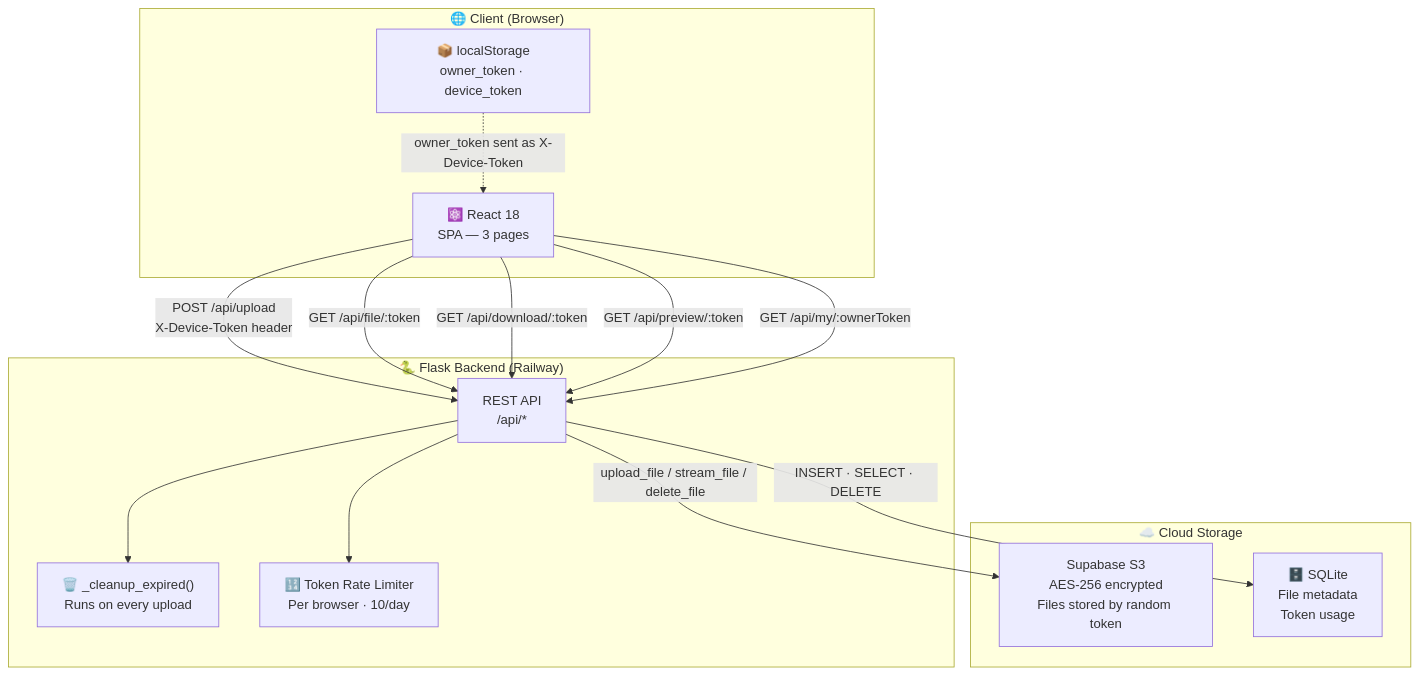
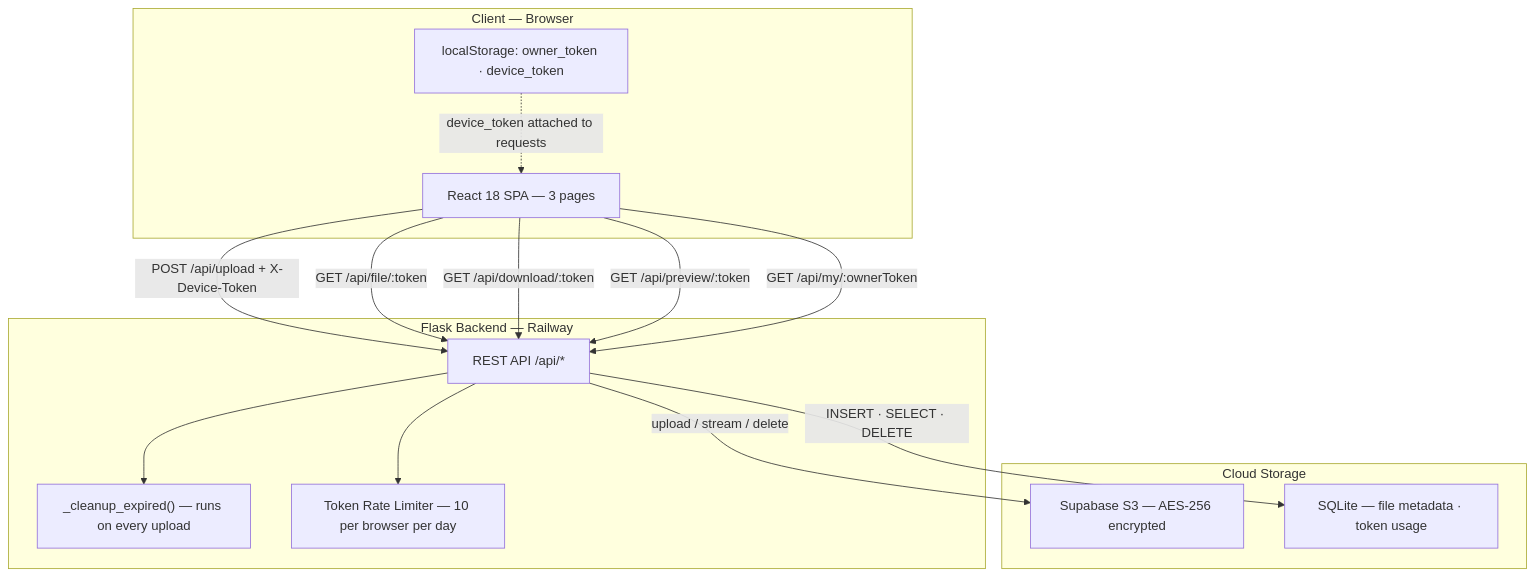
Before and after one commit to mbhuvan898/DropLink: the first of 3 diagrams in README.md, drawn with Mermaid. The commit also changed other lines of this file, not shown here.

Commit message:
fix: correct Mermaid diagram rendering in README
Remove \n escape sequences from node/edge labels, strip emoji from
subgraph labels, and replace the Unicode arrow in the sequence diagram
— all of which caused GitHub Mermaid renderer to silently fail.

````diff
--- a/README.md
+++ b/README.md
@@ -74,31 +74,31 @@
 ```mermaid
 graph TB
-    subgraph Client ["🌐 Client (Browser)"]
-        React["⚛️ React 18\nSPA — 3 pages"]
-        LS["📦 localStorage\nowner_token · device_token"]
+    subgraph Client ["Client — Browser"]
+        React["React 18 SPA — 3 pages"]
+        LS["localStorage: owner_token · device_token"]
     end
 
-    subgraph Server ["🐍 Flask Backend (Railway)"]
-        API["REST API\n/api/*"]
-        Cleanup["🗑️ _cleanup_expired()\nRuns on every upload"]
-        RateLimit["🔢 Token Rate Limiter\nPer browser · 10/day"]
+    subgraph Server ["Flask Backend — Railway"]
+        API["REST API  /api/*"]
+        Cleanup["_cleanup_expired() — runs on every upload"]
+        RateLimit["Token Rate Limiter — 10 per browser per day"]
     end
 
-    subgraph Storage ["☁️ Cloud Storage"]
-        Supabase["Supabase S3\nAES-256 encrypted\nFiles stored by random token"]
-        SQLite["🗄️ SQLite\nFile metadata\nToken usage"]
+    subgraph Storage ["Cloud Storage"]
+        Supabase["Supabase S3 — AES-256 encrypted"]
+        SQLite["SQLite — file metadata · token usage"]
     end
 
-    React -->|"POST /api/upload\nX-Device-Token header"| API
-    React -->|"GET /api/file/:token"| API
-    React -->|"GET /api/download/:token"| API
-    React -->|"GET /api/preview/:token"| API
-    React -->|"GET /api/my/:ownerToken"| API
+    React -->|POST /api/upload + X-Device-Token| API
+    React -->|GET /api/file/:token| API
+    React -->|GET /api/download/:token| API
+    React -->|GET /api/preview/:token| API
+    React -->|GET /api/my/:ownerToken| API
 
     API --> RateLimit
     API --> Cleanup
-    API -->|"upload_file / stream_file / delete_file"| Supabase
-    API -->|"INSERT · SELECT · DELETE"| SQLite
+    API -->|upload / stream / delete| Supabase
+    API -->|INSERT · SELECT · DELETE| SQLite
 
-    LS -.->|"owner_token sent as X-Device-Token"| React
+    LS -.->|device_token attached to requests| React
 ```
````
